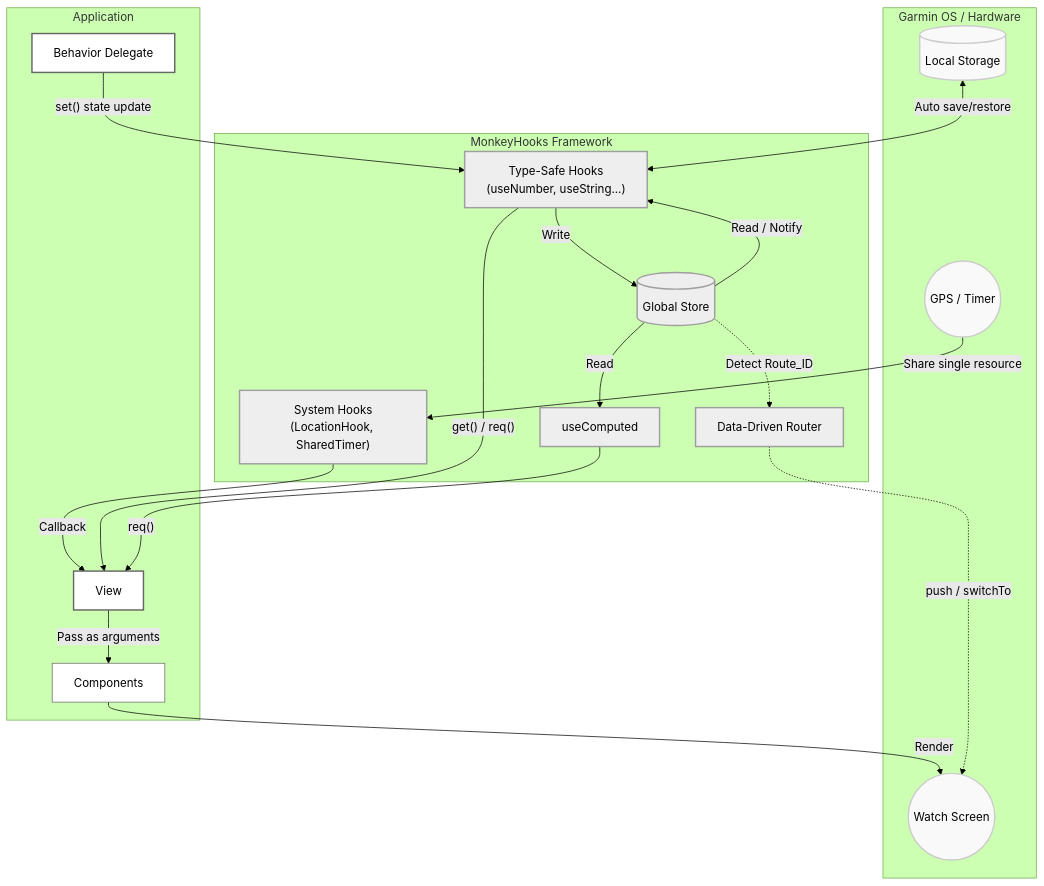
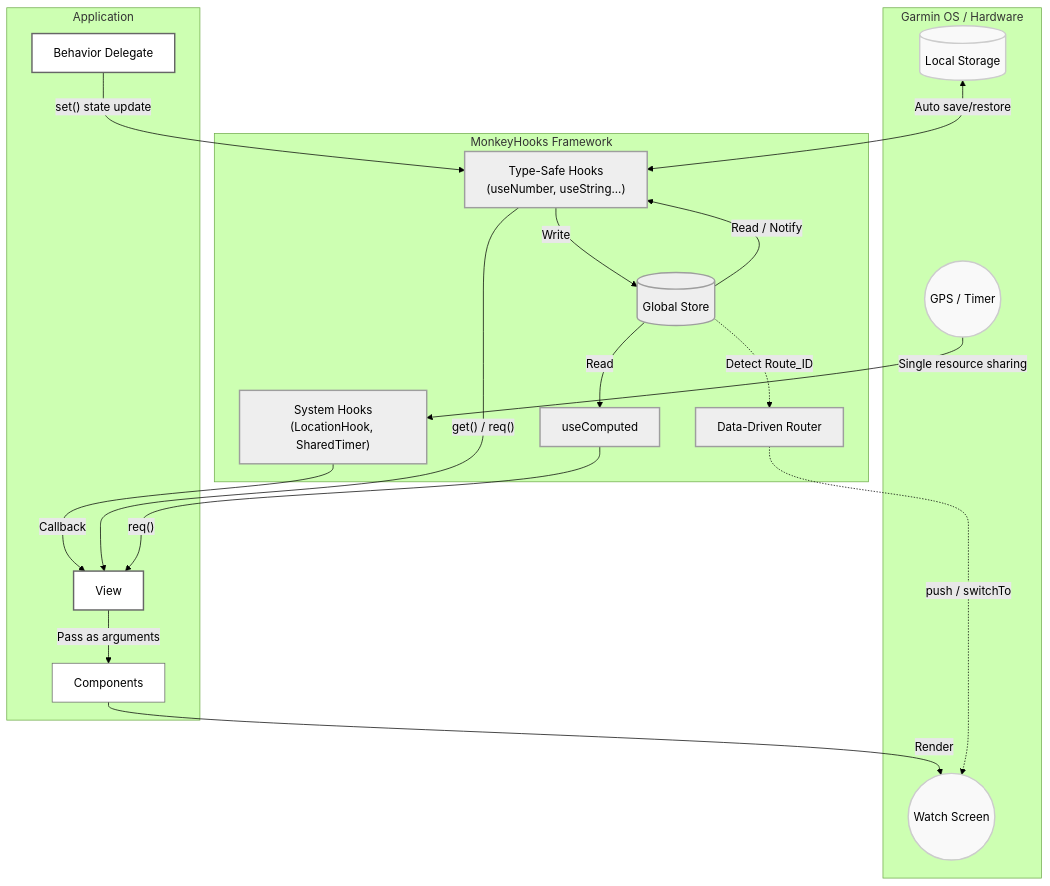
Before and after one commit to tomopumipumi/monkey-hooks: the diagram in README.md, drawn with Mermaid (forest theme). The commit also changed other lines of this file and 2 other files, not shown here.

````diff
--- a/README.md
+++ b/README.md
@@ -44,50 +47,51 @@
 ```mermaid
 graph TD
     classDef store fill:#eeeeee,stroke:#9e9e9e,stroke-width:2px,color:#000
     classDef hooks fill:#eeeeee,stroke:#9e9e9e,stroke-width:2px,color:#000
     classDef sys fill:#eeeeee,stroke:#9e9e9e,stroke-width:2px,color:#000
     classDef view fill:#ffffff,stroke:#666666,stroke-width:2px,color:#000
     classDef comp fill:#ffffff,stroke:#666666,stroke-width:1px,color:#000
     classDef os fill:#f9f9f9,stroke:#cccccc,stroke-width:2px,color:#000
 
     subgraph "Garmin OS / Hardware"
         Sensors((GPS / Timer)):::os
         Storage[(Local Storage)]:::os
         Screen((Watch Screen)):::os
     end
 
     subgraph "MonkeyHooks Framework"
         SystemH["System Hooks<br/>(LocationHook, SharedTimer)"]:::sys
         Router[Data-Driven Router]:::sys
         Store[(Global Store)]:::store
         
         Hooks["Type-Safe Hooks<br/>(useNumber, useString...)"]:::hooks
         Computed[useComputed]:::hooks
     end
 
     subgraph "Application"
         Delegate[Behavior Delegate]:::view
         View[View]:::view
         Dumb[Components]:::comp
     end
 
-    Sensors -->|Share single resource| SystemH
+    Sensors -->|Single resource sharing| SystemH
     Storage <-->|Auto save/restore| Hooks
     
     SystemH -->|Callback| View
     Delegate -->|"set() state update"| Hooks
     Hooks -->|Write| Store
     
     Store -->|Read / Notify| Hooks
     Store -->|Read| Computed
 
     Hooks --->|"get() / req()"| View
     Computed --->|"req()"| View
     
     View -->|Pass as arguments| Dumb
     Dumb -->|Render| Screen
     
     Store -.->|Detect Route_ID| Router
     Router -.->|push / switchTo| Screen
 
+
 ```
````
